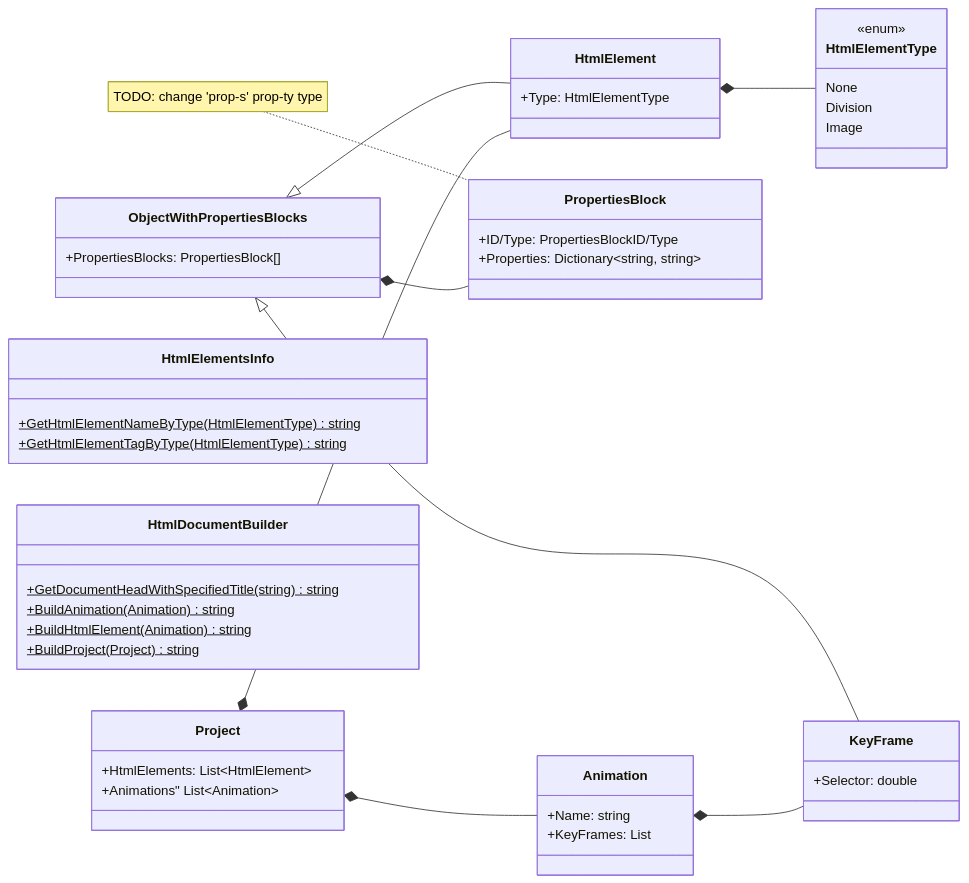
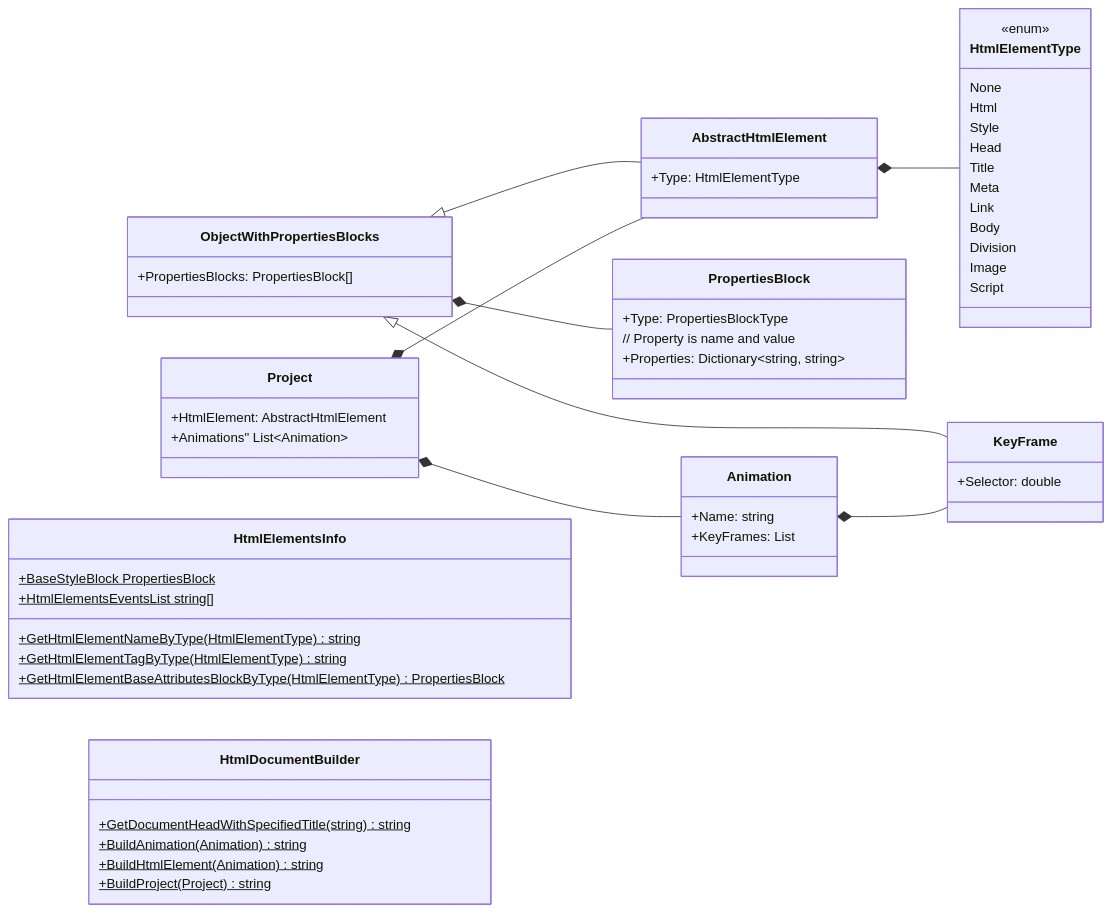
One commit to NemoNology/WebAnimEdit changed the diagram in Descriptions/Class diagram.md. Above: the diagram before and after it, drawn with Mermaid.

Commit message:
Updated class diagram

````diff
--- a/Descriptions/Class diagram.md
+++ b/Descriptions/Class diagram.md
@@ -3,49 +3,60 @@
 ```mermaid
 classDiagram
     direction LR
-    class HtmlElement{
+    class AbstractHtmlElement{
         +Type: HtmlElementType
     }
     class ObjectWithPropertiesBlocks{
         +PropertiesBlocks: PropertiesBlock[]
     }
     class PropertiesBlock{
-        +ID/Type: PropertiesBlockID/Type
+        +Type: PropertiesBlockType
+        // Property is name and value
         +Properties: Dictionary~string, string~
     }
     class Animation{
         +Name: string
         +KeyFrames: List<KeyFrame>
     }
     class KeyFrame{
         +Selector: double
     }
     class Project{
-        +HtmlElements: List~HtmlElement~
+        +HtmlElement: AbstractHtmlElement
         +Animations" List~Animation~
     }
     class HtmlElementType{
         <<enum>>
         None
+        Html
+        Style        
+        Head
+        Title
+        Meta
+        Link
+        Body
         Division
         Image
+        Script
     }
     class HtmlElementsInfo{
         +GetHtmlElementNameByType(HtmlElementType) string$
         +GetHtmlElementTagByType(HtmlElementType) string$
+        +GetHtmlElementBaseAttributesBlockByType(HtmlElementType) PropertiesBlock$
+        +BaseStyleBlock PropertiesBlock$
+        +HtmlElementsEventsList string[]$
     }
     class HtmlDocumentBuilder{
         +GetDocumentHeadWithSpecifiedTitle(string) string$
         +BuildAnimation(Animation) string$
         +BuildHtmlElement(Animation) string$
         +BuildProject(Project) string$
     }
-    note for PropertiesBlock "TODO: change 'prop-s' prop-ty type"
-    ObjectWithPropertiesBlocks<|--HtmlElement
+    ObjectWithPropertiesBlocks<|--AbstractHtmlElement
     ObjectWithPropertiesBlocks<|--KeyFrame
     ObjectWithPropertiesBlocks*--PropertiesBlock
     Animation*--KeyFrame
-    HtmlElement*--HtmlElementType
-    Project*--HtmlElement
+    AbstractHtmlElement*--HtmlElementType
+    Project*--AbstractHtmlElement
     Project*--Animation
 ```
````
